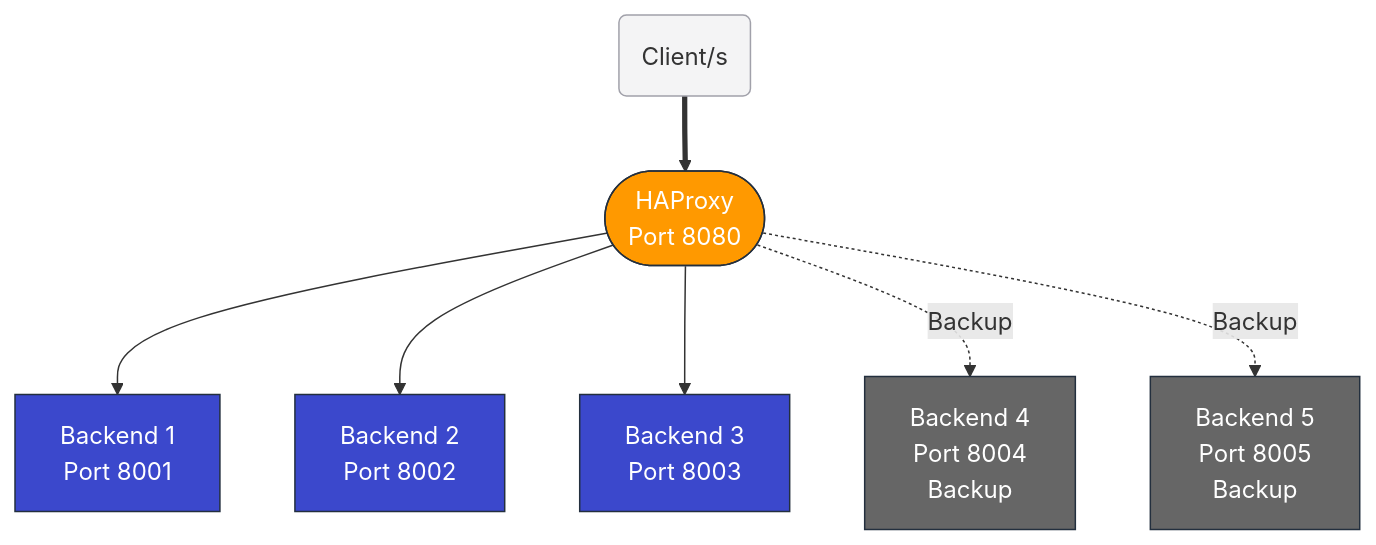
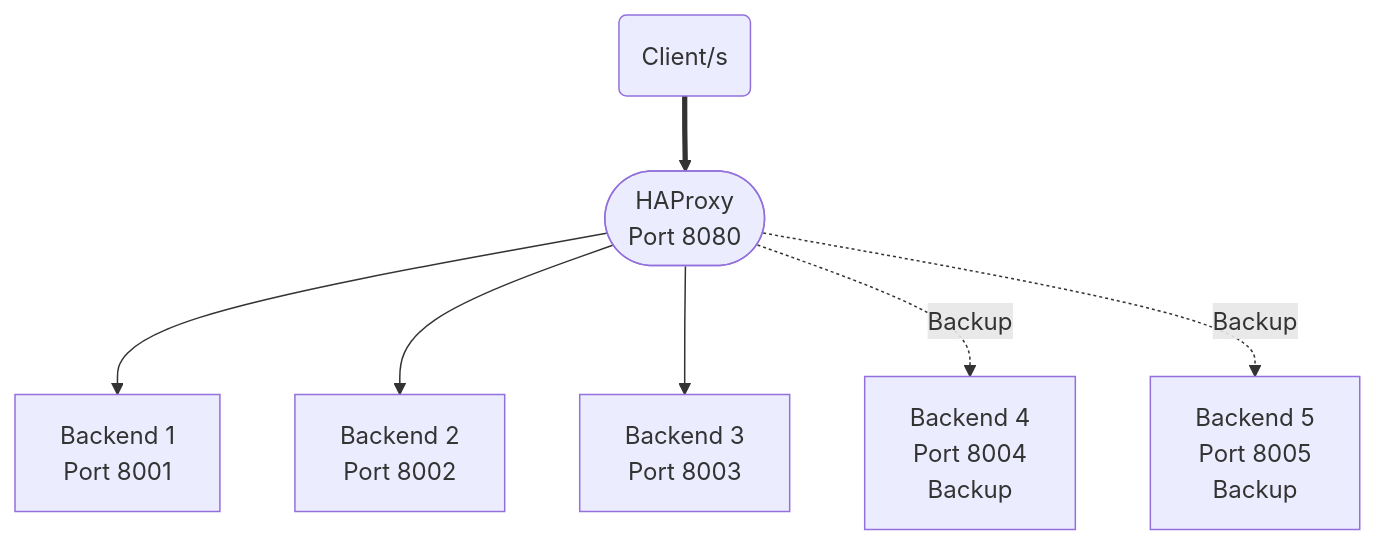
The diagram in 03-load-balancing-haproxy/README.md (gamaware/system-design-course), drawn with Mermaid before and after one commit. The commit also changed 6 other files, not shown here.

Commit message:
fix: remove inline colors to respect beautiful-mermaid theme

````diff
--- a/03-load-balancing-haproxy/README.md
+++ b/03-load-balancing-haproxy/README.md
@@ -216,25 +216,15 @@
 ```mermaid
 graph TD
     %% Traffic entry
     Client("Client/s") ==> HAProxy(["HAProxy<br>Port 8080"])
 
     %% Primary backends
     HAProxy --> Backend1["Backend 1<br>Port 8001"]
     HAProxy --> Backend2["Backend 2<br>Port 8002"]
     HAProxy --> Backend3["Backend 3<br>Port 8003"]
 
     %% Backup backends (activated only when all primaries are down)
     HAProxy -.->|"Backup"| Backend4["Backend 4<br>Port 8004<br>Backup"]
     HAProxy -.->|"Backup"| Backend5["Backend 5<br>Port 8005<br>Backup"]
 
-    %% Class definitions
-    classDef lb fill:#ff9900,stroke:#232f3e,color:#fff
-    classDef service fill:#3b48cc,stroke:#232f3e,color:#fff
-    classDef backup fill:#666,stroke:#232f3e,color:#fff
-    classDef user fill:#f4f4f5,stroke:#a1a1aa
-
-    class HAProxy lb
-    class Backend1,Backend2,Backend3 service
-    class Backend4,Backend5 backup
-    class Client user
 ```
````
